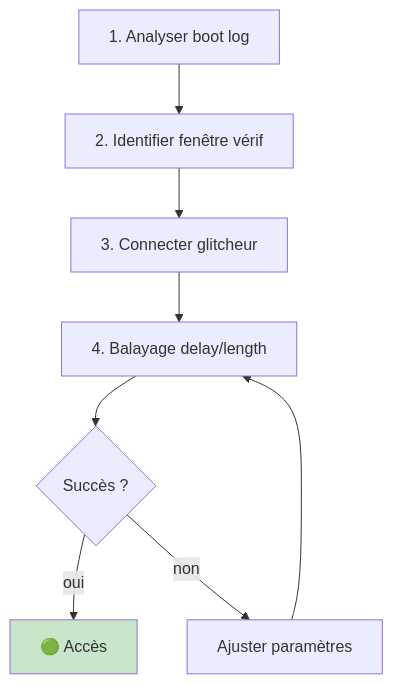
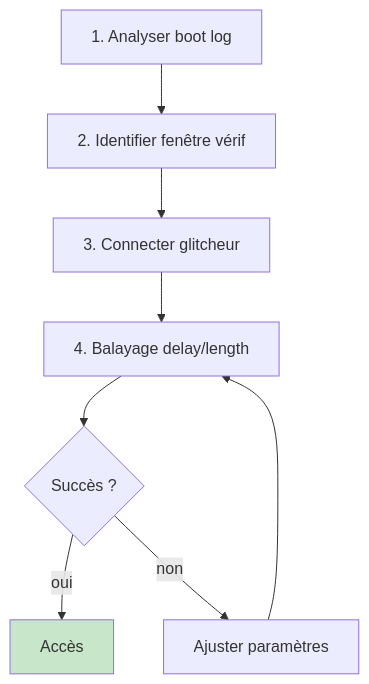
The second of 4 diagrams in public/offsidian/vault/Cybersécurité Offensive/Techniques/Hardware - Fault Injection.md (F0X-hack/foxhack.fr), drawn with Mermaid before and after one commit. The commit also changed other lines of this file and 369 other files, not shown here.

````diff
--- a/public/offsidian/vault/Cybersécurité Offensive/Techniques/Hardware - Fault Injection.md
+++ b/public/offsidian/vault/Cybersécurité Offensive/Techniques/Hardware - Fault Injection.md
@@ -285,11 +285,11 @@
 ```mermaid
 flowchart TB
     A["1. Analyser boot log"] --> B["2. Identifier fenêtre vérif"]
     B --> C["3. Connecter glitcheur"]
     C --> D["4. Balayage delay/length"]
     D --> E{"Succès ?"}
-    E -->|"oui"| F["🟢 Accès"]
+    E -->|"oui"| F["Accès"]
     E -->|"non"| G["Ajuster paramètres"]
     G --> D
     style F fill:#c8e6c9
 ```
````
